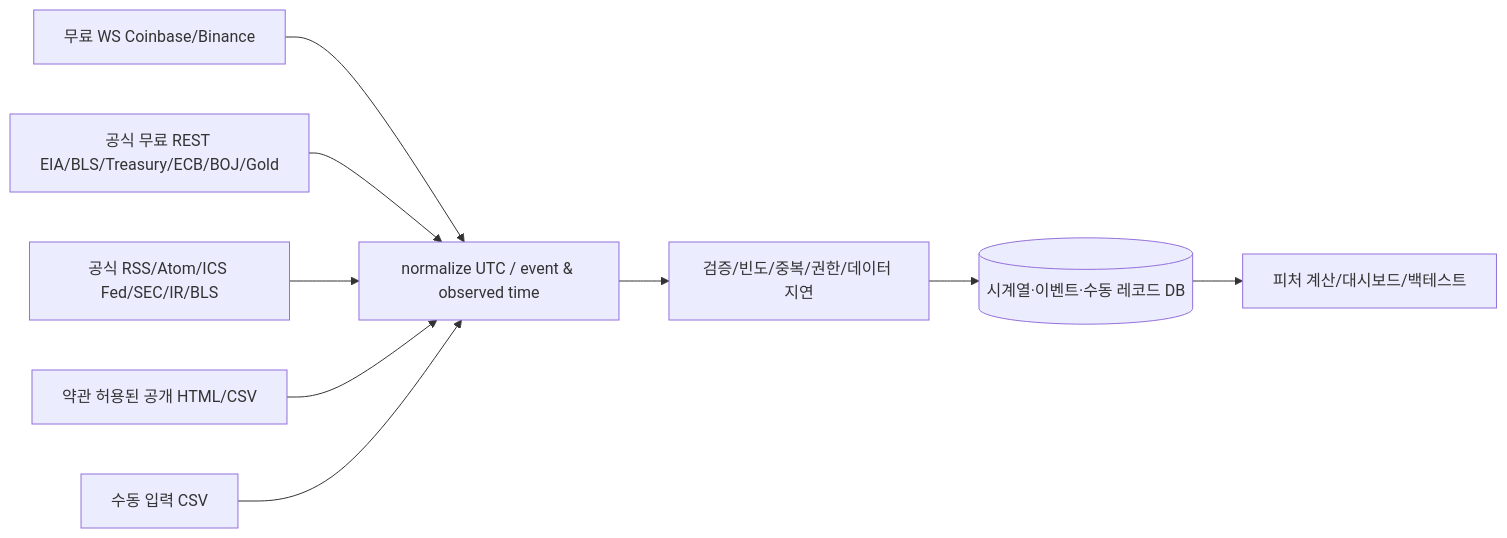
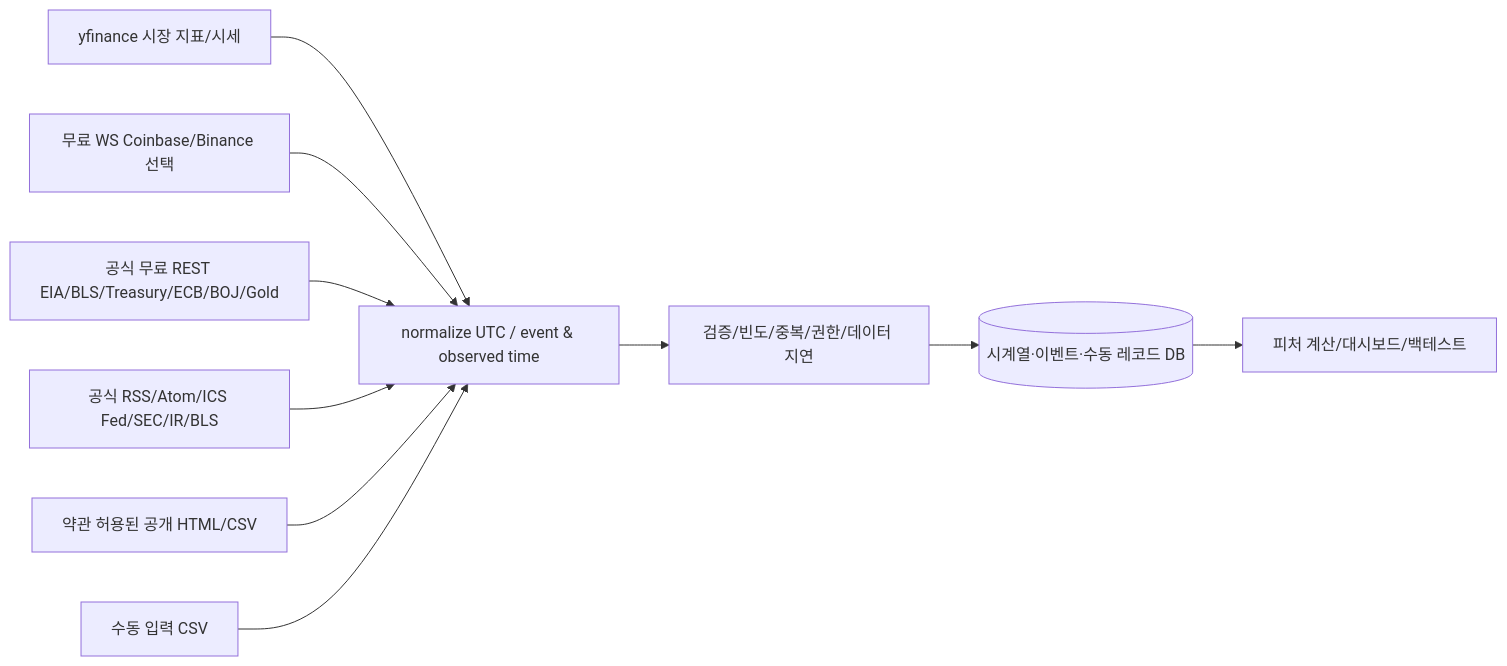
One commit to ELSAPHABA/Auto-Axe changed the diagram in docs/Collector_Design.md. Above: the diagram before and after it, drawn with Mermaid. The commit also changed other lines of this file, not shown here.

Commit message:
docs: synchronize yfinance-first collection and requested five bond terms

````diff
--- a/docs/Collector_Design.md
+++ b/docs/Collector_Design.md
@@ -7,11 +7,12 @@
 ```mermaid
 flowchart LR
-  A[무료 WS Coinbase/Binance] --> N[normalize UTC / event & observed time]
+  A[yfinance 시장 지표/시세] --> N
+  X[무료 WS Coinbase/Binance 선택] --> N[normalize UTC / event & observed time]
   B[공식 무료 REST EIA/BLS/Treasury/ECB/BOJ/Gold] --> N
   C[공식 RSS/Atom/ICS Fed/SEC/IR/BLS] --> N
   D[약관 허용된 공개 HTML/CSV] --> N
   E[수동 입력 CSV] --> N
   N --> Q[검증/빈도/중복/권한/데이터 지연]
   Q --> DB[(시계열·이벤트·수동 레코드 DB)]
   DB --> P[피처 계산/대시보드/백테스트]
 ```
````
